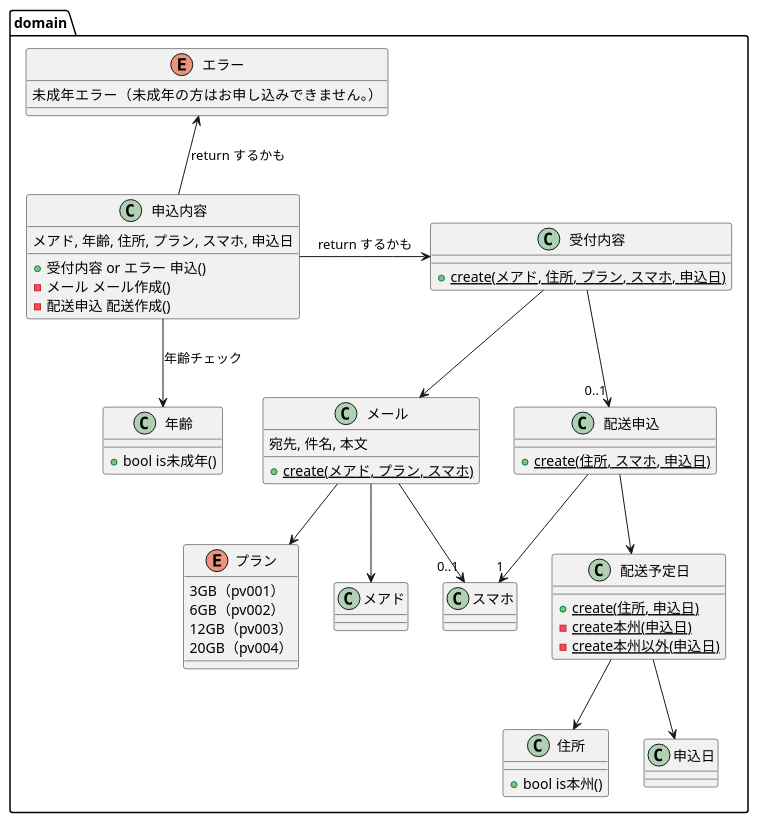
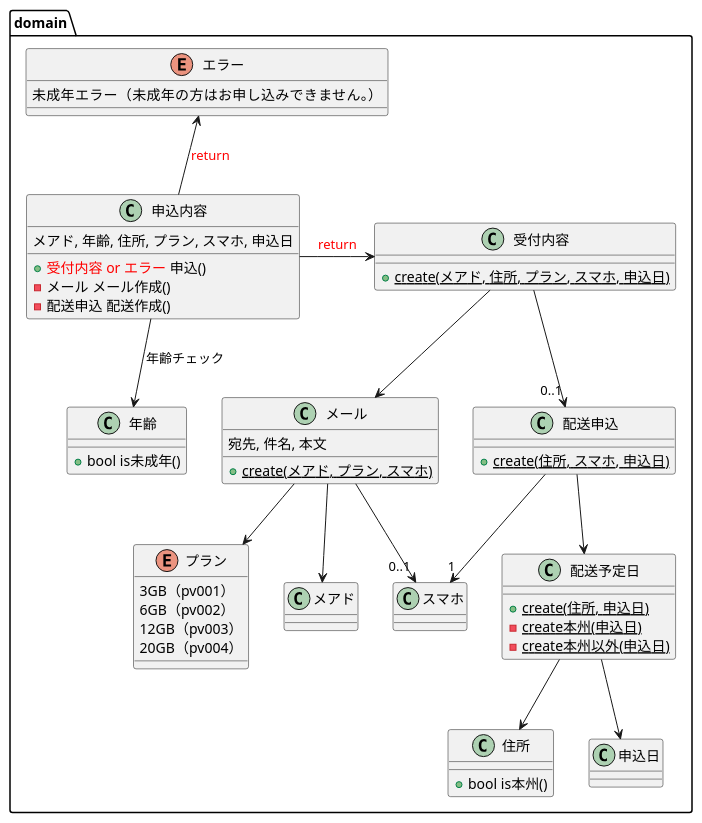
Before and after one commit to suzuki-hoge/genbade-ddd-tokyo: the diagram in 6-verb.puml, drawn with PlantUML. The commit also changed 57 other files, not shown here.

```diff
--- a/6-verb.puml
+++ b/6-verb.puml
@@ -1,68 +1,68 @@
 @startuml
 
 package domain {
   enum エラー {
     未成年エラー（未成年の方はお申し込みできません。）
   }
 
   class 申込内容 {
     メアド, 年齢, 住所, プラン, スマホ, 申込日
-    + 受付内容 or エラー 申込()
+    + <font color=red>受付内容 or エラー</font> 申込()
     - メール メール作成()
     - 配送申込 配送作成()
   }
 
   enum プラン {
     3GB（pv001）
     6GB（pv002）
     12GB（pv003）
     20GB（pv004）
   }
 
   class 年齢 {
     + bool is未成年()
   }
 
   class 住所 {
     + bool is本州()
   }
 
   申込内容 --> 年齢 : 年齢チェック
 
   class 配送予定日 {
     + {static} create(住所, 申込日)
     - {static} create本州(申込日)
     - {static} create本州以外(申込日)
   }
 
   配送予定日 --> 住所
   配送予定日 --> 申込日
 
   class 配送申込 {
     + {static} create(住所, スマホ, 申込日)
   }
 
   配送申込 --> 配送予定日
   配送申込 --> "1" スマホ
 
   class 受付内容 {
     + {static} create(メアド, 住所, プラン, スマホ, 申込日)
   }
 
   受付内容 --> "0..1" 配送申込
   受付内容 --> メール
 
   class メール {
     宛先, 件名, 本文
     + {static} create(メアド, プラン, スマホ)
   }
 
   メール --> プラン
   メール --> "0..1" スマホ
   メール --> メアド
 
-  申込内容 -r-> 受付内容 : return するかも
-  申込内容 -u-> エラー : return するかも
+  申込内容 -r-> 受付内容 : <font color=red>return</font>
+  申込内容 -u-> エラー : <font color=red>return</font>
 }
 
 @enduml
```
